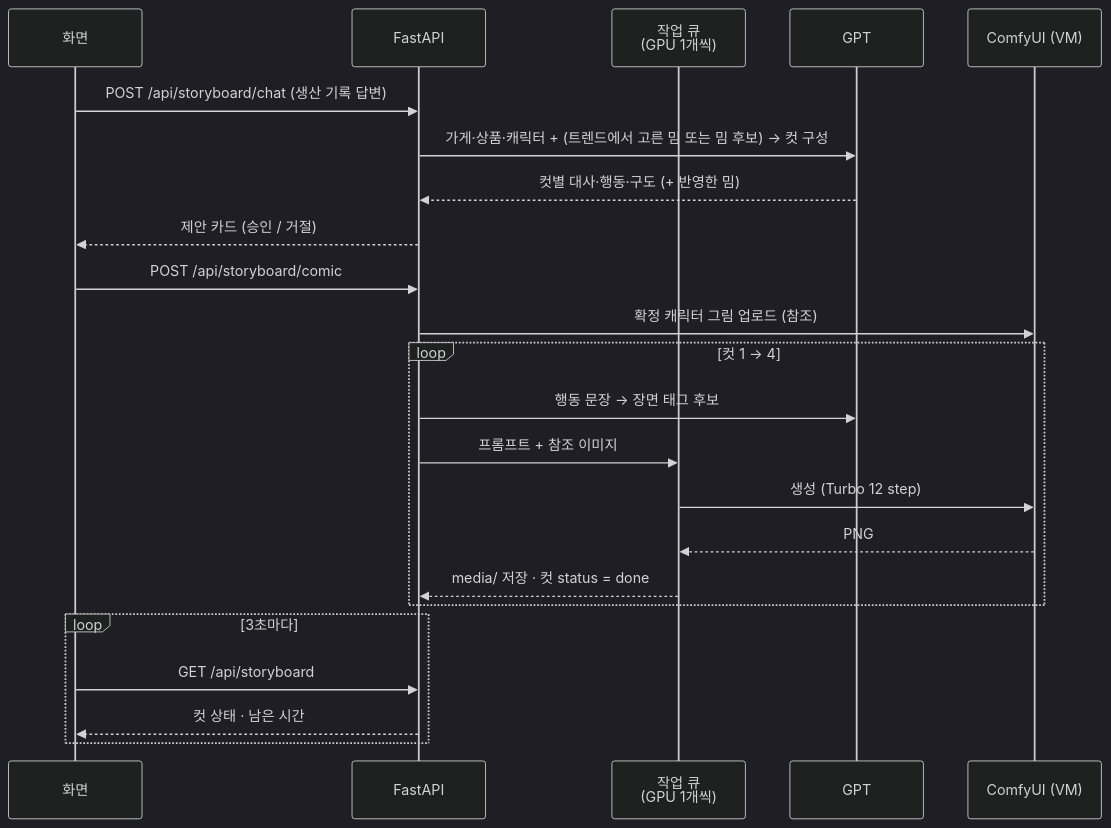
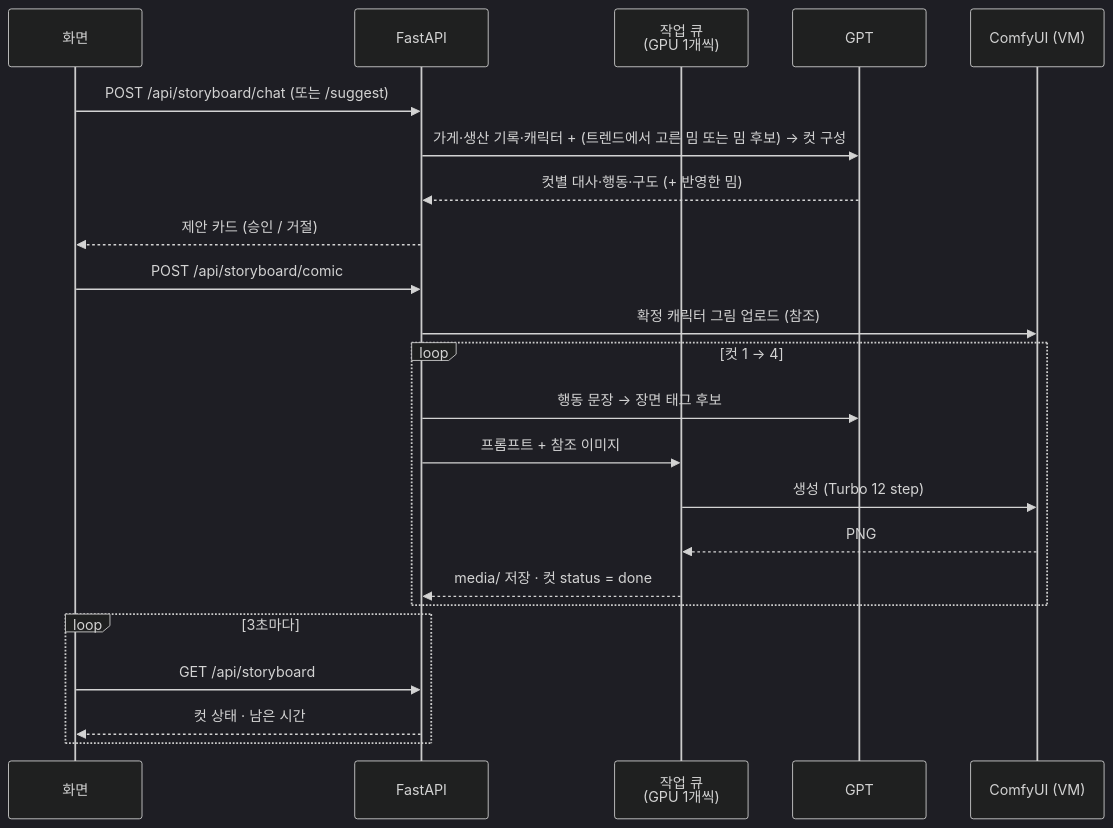
The third of 4 diagrams in README.md (beomjin2/Adflow), drawn with Mermaid (dark theme) before and after one commit. The commit also changed other lines of this file, not shown here.

Commit message:
docs: README 스토리보드 흐름 최신화 + 밈 추천 mermaid 파싱 오류 수정
생산 기록을 대화에서 남기던 옛 흐름 설명을 지우고 현재의 수동 "스토리
제안받기" 버튼 흐름으로 맞췄다. 밈 추천 다이어그램은 따옴표 없는 노드
라벨에 괄호가 들어가 렌더링이 깨지던 문제를 고쳤다.

````diff
--- a/README.md
+++ b/README.md
@@ -53,26 +53,26 @@
 ```mermaid
 sequenceDiagram
     participant U as 화면
     participant API as FastAPI
     participant J as 작업 큐<br/>(GPU 1개씩)
     participant G as GPT
     participant CF as ComfyUI (VM)
 
-    U->>API: POST /api/storyboard/chat (생산 기록 답변)
-    API->>G: 가게·상품·캐릭터 + (트렌드에서 고른 밈 또는 밈 후보) → 컷 구성
+    U->>API: POST /api/storyboard/chat (또는 /suggest)
+    API->>G: 가게·생산 기록·캐릭터 + (트렌드에서 고른 밈 또는 밈 후보) → 컷 구성
     G-->>API: 컷별 대사·행동·구도 (+ 반영한 밈)
     API-->>U: 제안 카드 (승인 / 거절)
     U->>API: POST /api/storyboard/comic
     API->>CF: 확정 캐릭터 그림 업로드 (참조)
     loop 컷 1 → 4
         API->>G: 행동 문장 → 장면 태그 후보
         API->>J: 프롬프트 + 참조 이미지
         J->>CF: 생성 (Turbo 12 step)
         CF-->>J: PNG
         J-->>API: media/ 저장 · 컷 status = done
     end
     loop 3초마다
         U->>API: GET /api/storyboard
         API-->>U: 컷 상태 · 남은 시간
     end
 ```
````
